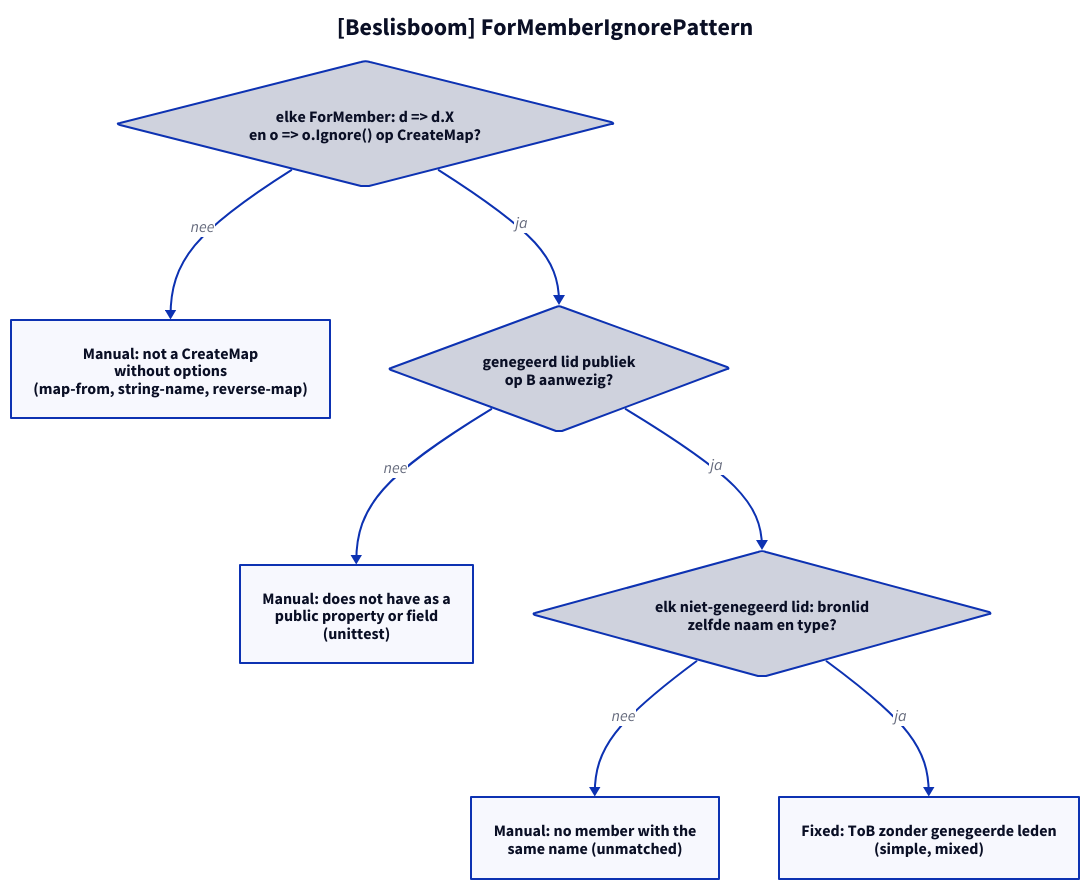
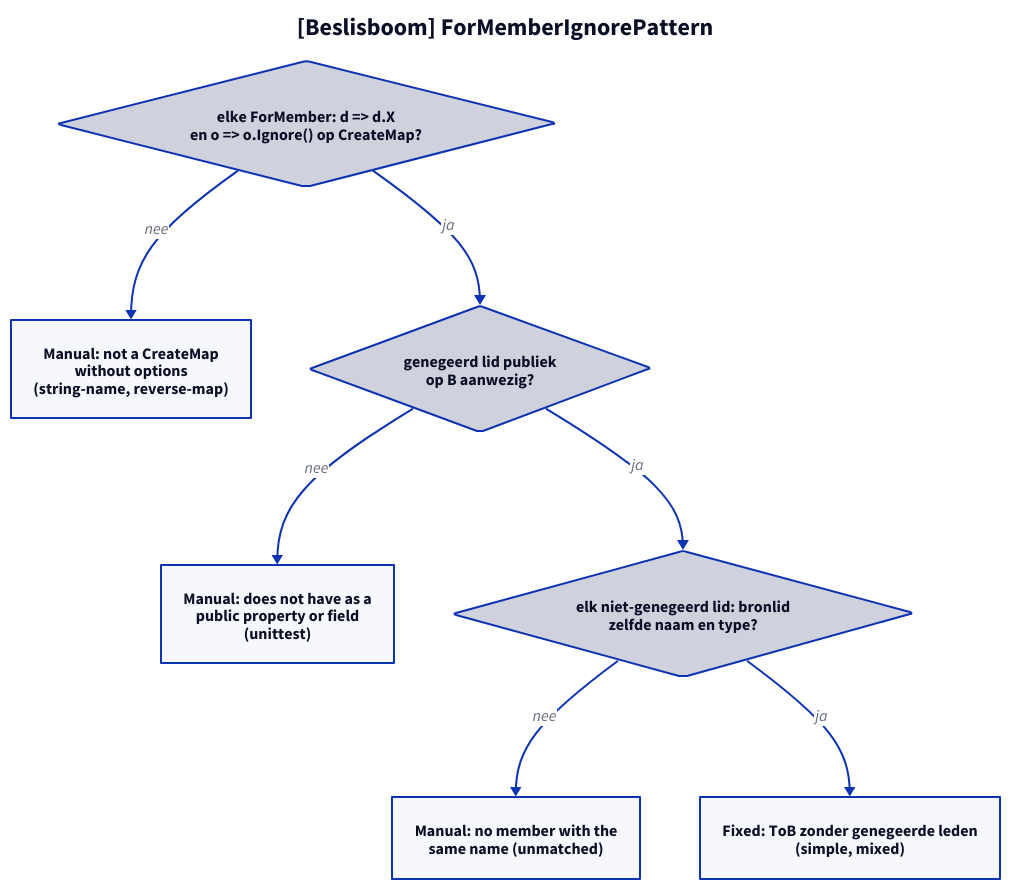
Before and after one commit to ATkingma/unshackle: the diagram in docs/projectinfo/patterns/img/automapper-for-member-ignore-modellen-3.d2, drawn with D2. The commit also changed 35 other files, not shown here.

```diff
--- a/docs/projectinfo/patterns/img/automapper-for-member-ignore-modellen-3.d2
+++ b/docs/projectinfo/patterns/img/automapper-for-member-ignore-modellen-3.d2
@@ -1,15 +1,15 @@
 title: "[Beslisboom] ForMemberIgnorePattern" {shape: text; near: top-center; style: {font-size: 24; bold: true}}
 direction: down
 q1: "elke ForMember: d => d.X\nen o => o.Ignore() op CreateMap?" {shape: diamond}
-m1: "Manual: not a CreateMap\nwithout options\n(map-from, string-name, reverse-map)"
+m1: "Manual: not a CreateMap\nwithout options\n(string-name, reverse-map)"
 q2: "genegeerd lid publiek\nop B aanwezig?" {shape: diamond}
 m2: "Manual: does not have as a\npublic property or field\n(unittest)"
 q3: "elk niet-genegeerd lid: bronlid\nzelfde naam en type?" {shape: diamond}
 m3: "Manual: no member with the\nsame name (unmatched)"
 f: "Fixed: ToB zonder genegeerde leden\n(simple, mixed)"
 q1 -> m1: nee
 q1 -> q2: ja
 q2 -> m2: nee
 q2 -> q3: ja
 q3 -> m3: nee
 q3 -> f: ja
```
